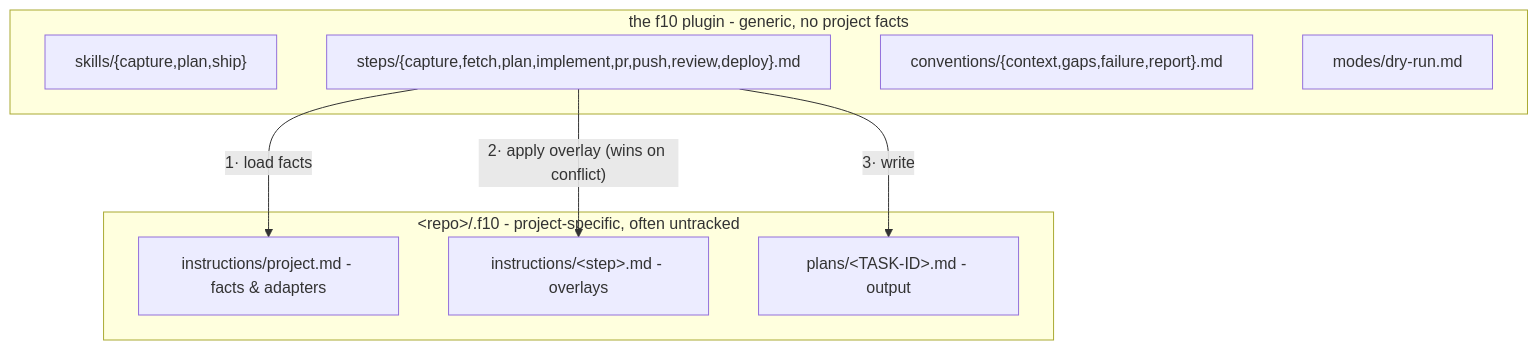
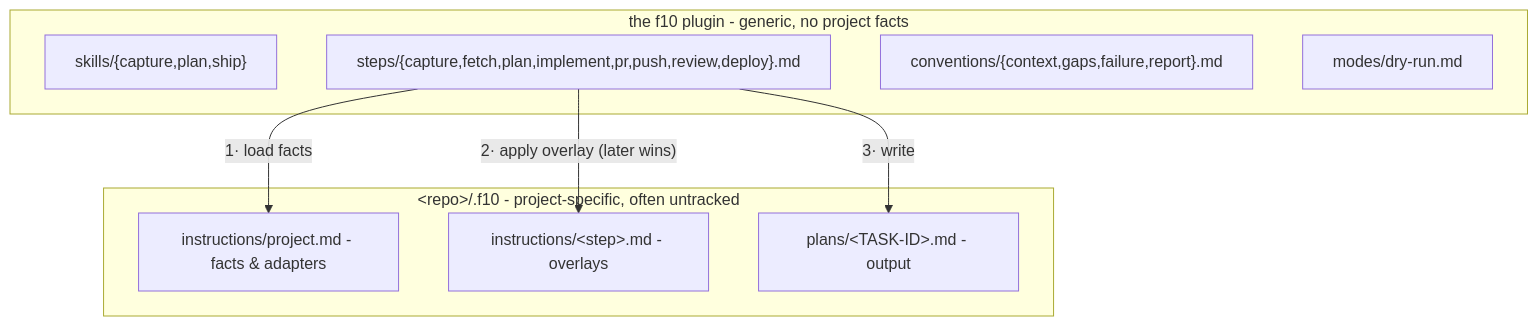
One commit to amberpixels/f10 changed the second of 2 diagrams in README.md. Above: the diagram before and after it, drawn with Mermaid. The commit also changed other lines of this file and 3 other files, not shown here.

````diff
--- a/README.md
+++ b/README.md
@@ -136,17 +138,17 @@
 ```mermaid
 flowchart TB
     subgraph plugin ["the f10 plugin - generic, no project facts"]
         skills2["skills/{capture,plan,ship}"]
         gsteps["steps/{capture,fetch,plan,implement,pr,push,review,deploy}.md"]
         conv["conventions/{context,gaps,failure,report}.md"]
         modes2["modes/dry-run.md"]
     end
     subgraph repo ["&lt;repo&gt;/.f10 - project-specific, often untracked"]
         proj["instructions/project.md - facts & adapters"]
         over["instructions/&lt;step&gt;.md - overlays"]
         plans2["plans/&lt;TASK-ID&gt;.md - output"]
     end
     gsteps -- "1· load facts" --> proj
-    gsteps -- "2· apply overlay (wins on conflict)" --> over
+    gsteps -- "2· apply overlay (later wins)" --> over
     gsteps -- "3· write" --> plans2
 ```
````
